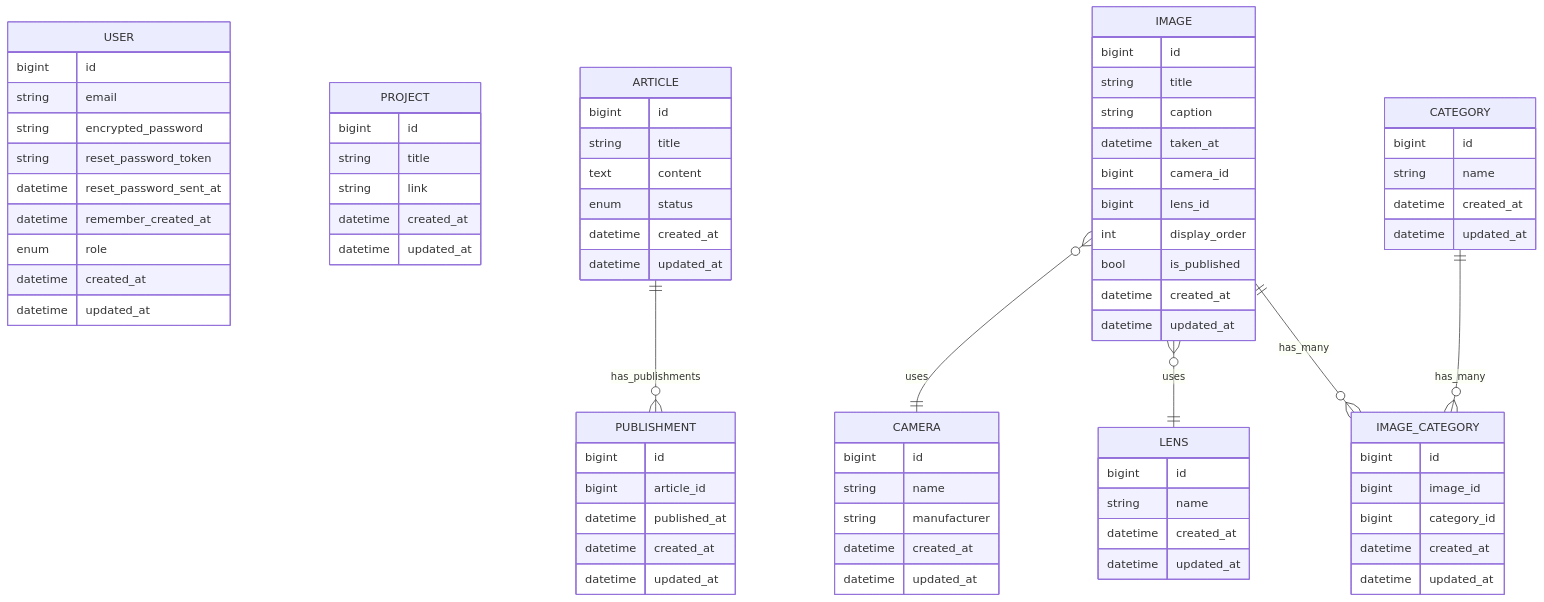
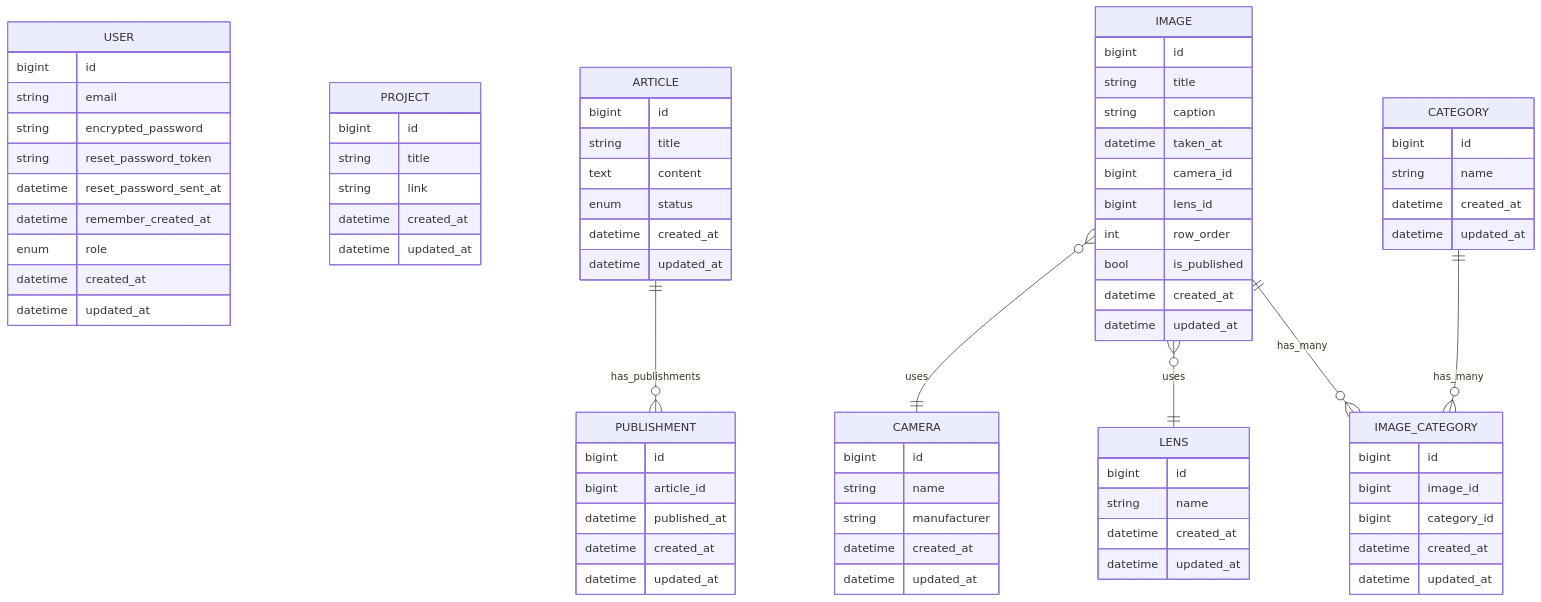
The diagram in README.md (huji333/portfolio), drawn with Mermaid before and after one commit. The commit also changed 13 other files, not shown here.

Commit message:
migrate row_order

````diff
--- a/README.md
+++ b/README.md
@@ -46,79 +46,79 @@
 ```mermaid
 erDiagram
   USER{
     bigint id
     string email
     string encrypted_password
     string reset_password_token
     datetime reset_password_sent_at
     datetime remember_created_at
     enum role
     datetime created_at
     datetime updated_at
   }
   PROJECT{
     bigint id
     string title
     string link
     datetime created_at
     datetime updated_at
   }
   ARTICLE ||--o{ PUBLISHMENT : has_publishments
   ARTICLE{
     bigint id
     string title
     text content
     enum status
     datetime created_at
     datetime updated_at
   }
   PUBLISHMENT{
     bigint id
     bigint article_id
     datetime published_at
     datetime created_at
     datetime updated_at
   }
   IMAGE }o--|| CAMERA : uses
   IMAGE }o--|| LENS : uses
   IMAGE{
     bigint id
     string title
     string caption
     datetime taken_at
     bigint camera_id
     bigint lens_id
-    int display_order
+    int row_order
     bool is_published
     datetime created_at
     datetime updated_at
   }
   LENS{
     bigint id
     string name
     datetime created_at
     datetime updated_at
   }
   CAMERA{
     bigint id
     string name
     string manufacturer
     datetime created_at
     datetime updated_at
   }
   IMAGE ||--o{ IMAGE_CATEGORY: has_many
   CATEGORY ||--o{ IMAGE_CATEGORY: has_many
   CATEGORY{
     bigint id
     string name
     datetime created_at
     datetime updated_at
   }
   IMAGE_CATEGORY{
     bigint id
     bigint image_id
     bigint category_id
     datetime created_at
     datetime updated_at
   }
 ```
````
